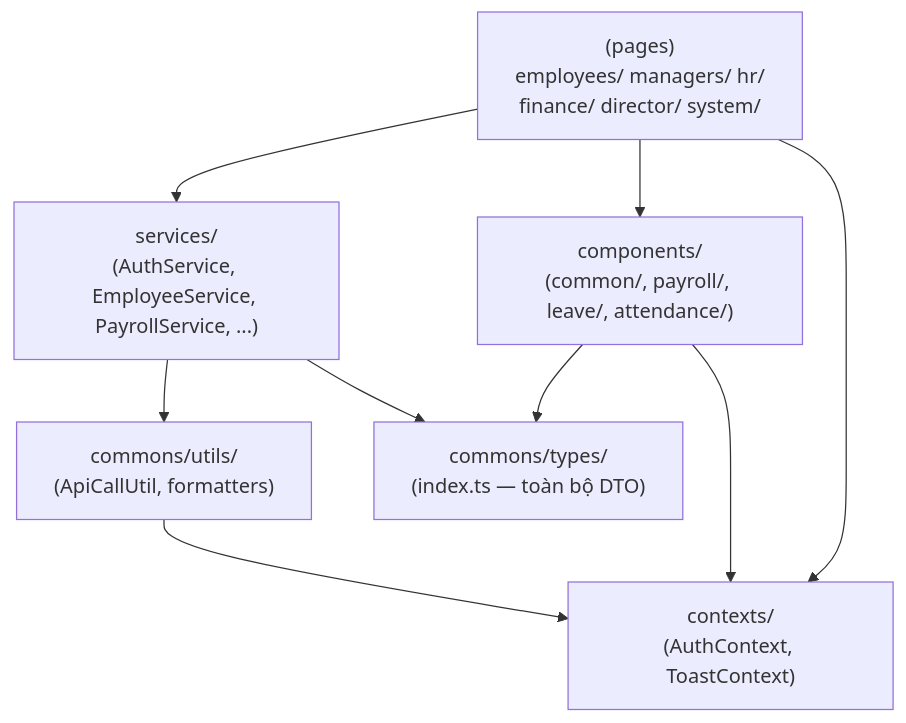
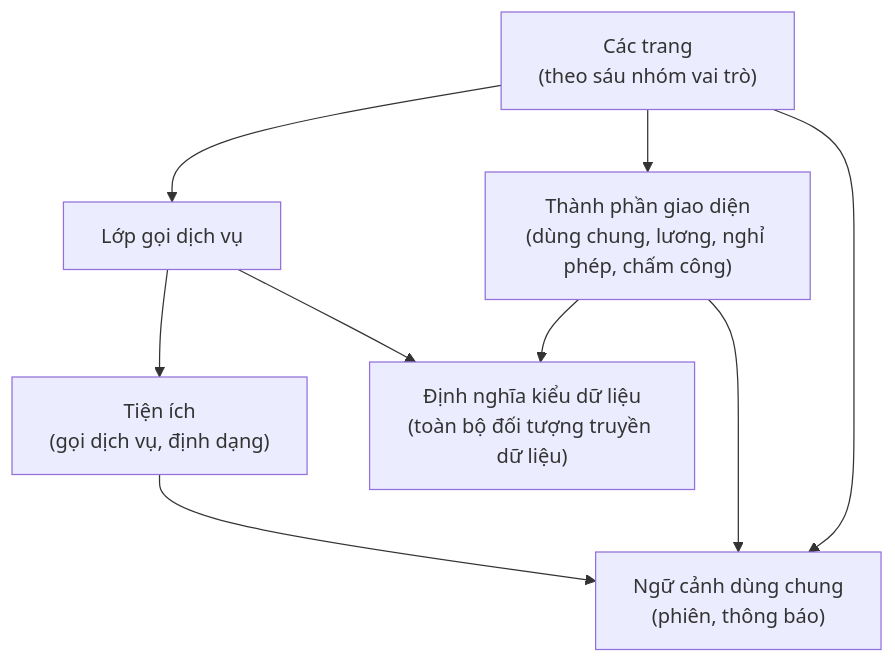
Before and after one commit to NBachTH/HRMS: diagram 12 of 19 in docs/DATN_20204812_NguyenThanhBach/DATN_20204812_NguyenThanhBach.md, drawn with Mermaid. The commit also changed other lines of this file, not shown here.

````diff
--- a/docs/DATN_20204812_NguyenThanhBach/DATN_20204812_NguyenThanhBach.md
+++ b/docs/DATN_20204812_NguyenThanhBach/DATN_20204812_NguyenThanhBach.md
@@ -1304,18 +1034,18 @@
 ```mermaid
 graph TD
-    PAGES["(pages)\nemployees/ managers/ hr/\nfinance/ director/ system/"]
-    SERVICES["services/\n(AuthService, EmployeeService, PayrollService, ...)"]
-    COMPONENTS["components/\n(common/, payroll/, leave/, attendance/)"]
-    CONTEXTS["contexts/\n(AuthContext, ToastContext)"]
-    TYPES["commons/types/\n(index.ts — toàn bộ DTO)"]
-    UTILS["commons/utils/\n(ApiCallUtil, formatters)"]
+    PAGES["Các trang\n(theo sáu nhóm vai trò)"]
+    SERVICES["Lớp gọi dịch vụ"]
+    COMPONENTS["Thành phần giao diện\n(dùng chung, lương, nghỉ phép, chấm công)"]
+    CONTEXTS["Ngữ cảnh dùng chung\n(phiên, thông báo)"]
+    TYPES["Định nghĩa kiểu dữ liệu\n(toàn bộ đối tượng truyền dữ liệu)"]
+    UTILS["Tiện ích\n(gọi dịch vụ, định dạng)"]
 
     PAGES --> SERVICES
     PAGES --> COMPONENTS
     PAGES --> CONTEXTS
     SERVICES --> UTILS
     SERVICES --> TYPES
     COMPONENTS --> TYPES
     COMPONENTS --> CONTEXTS
     UTILS --> CONTEXTS
 ```
````
